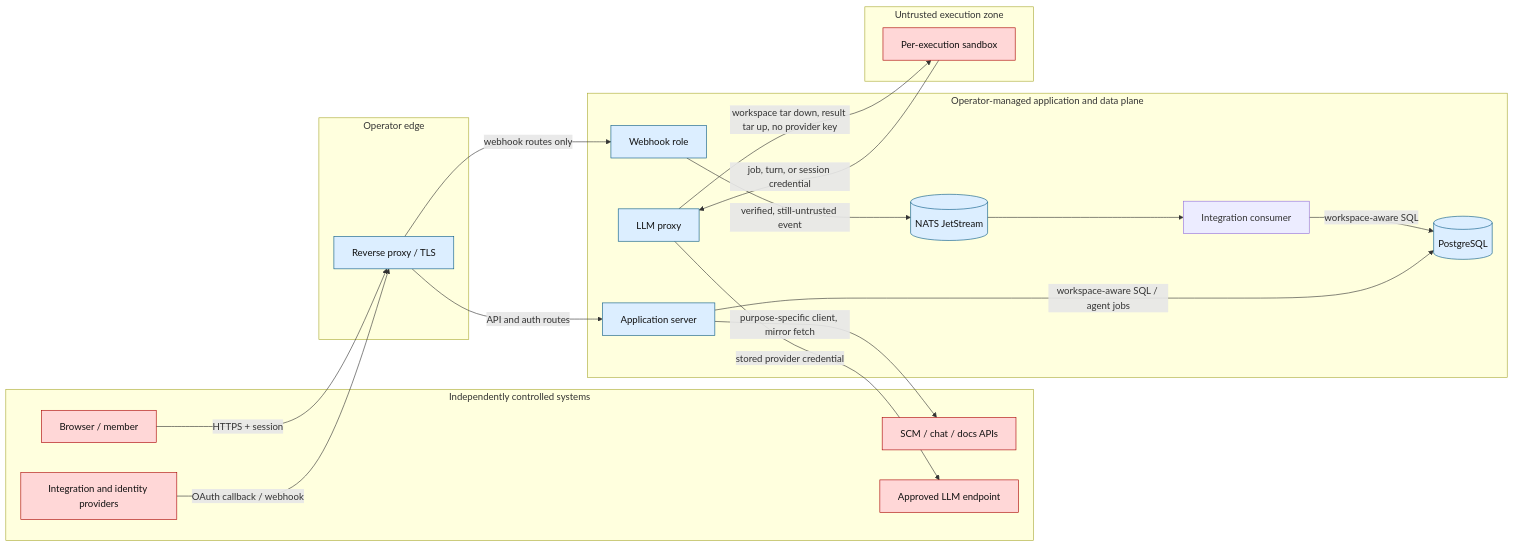
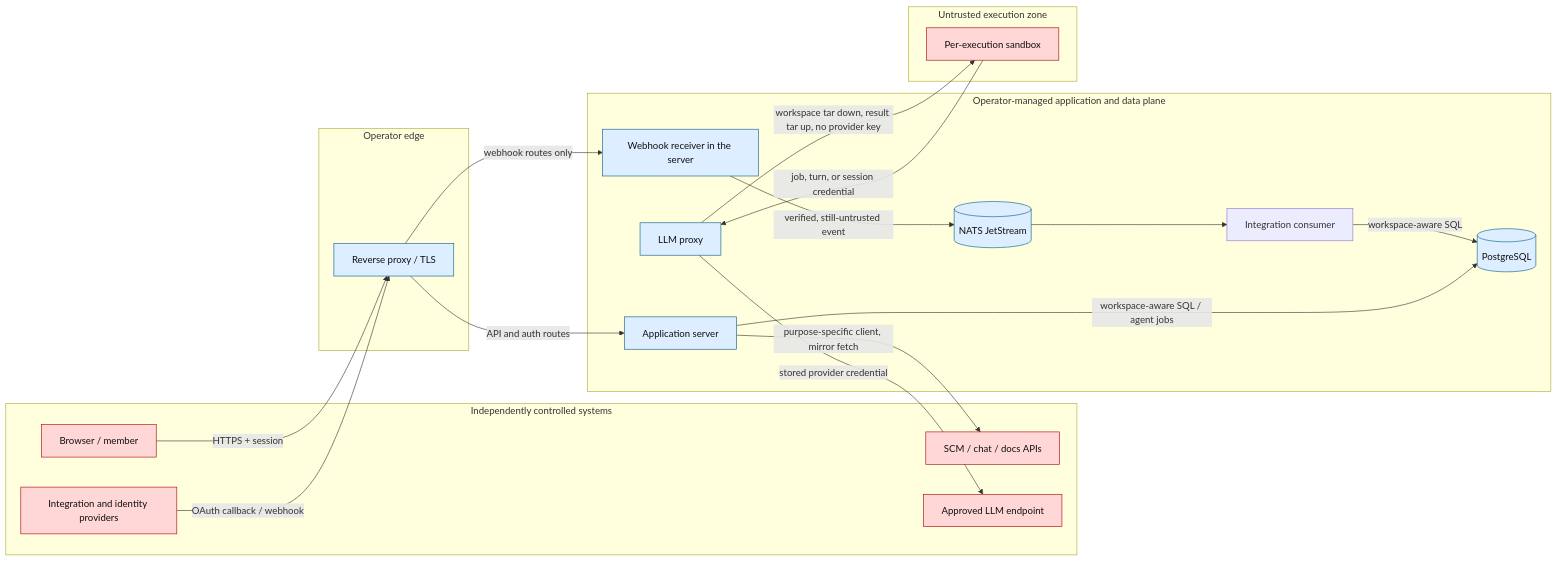
Before and after one commit to hephaestus-build/Hephaestus: the diagram in docs/admin/threat-model.mdx, drawn with Mermaid. The commit also changed other lines of this file and 146 other files, not shown here.

Commit message:
feat(server): the server receives provider webhooks, and the webhook role is gone

````diff
--- a/docs/admin/threat-model.mdx
+++ b/docs/admin/threat-model.mdx
@@ -39,47 +39,47 @@
 ```mermaid
 flowchart LR
 accTitle: Hephaestus security data flow
-accDescr: The diagram separates independently controlled systems, the operator edge, the Hephaestus application and data plane, and untrusted sandbox execution. Users and providers cross the edge into application and webhook roles. Verified events enter JetStream, services access PostgreSQL, sandboxes exchange inputs, results and model requests with the server's sandbox gateway, and the server fetches repository mirrors from the SCM provider in-process.
+accDescr: The diagram separates independently controlled systems, the operator edge, the Hephaestus application and data plane, and untrusted sandbox execution. Users and providers cross the edge into the application server, whose receiver verifies webhook events. Verified events enter JetStream, services access PostgreSQL, sandboxes exchange inputs, results and model requests with the server's sandbox gateway, and the server fetches repository mirrors from the SCM provider in-process.
 
   subgraph INTERNET[Independently controlled systems]
     U[Browser / member]
     V[Integration and identity providers]
     X[SCM / chat / docs APIs]
     M[Approved LLM endpoint]
   end
 
   subgraph EDGE[Operator edge]
     P[Reverse proxy / TLS]
   end
 
   subgraph PLANE[Operator-managed application and data plane]
     A[Application server]
-    W[Webhook role]
+    W[Webhook receiver in the server]
     I[Integration consumer]
     L[LLM proxy]
     N[(NATS JetStream)]
     DB[(PostgreSQL)]
   end
 
   subgraph EXECUTION[Untrusted execution zone]
     S[Per-execution sandbox]
   end
 
   U -->|HTTPS + session| P
   V -->|OAuth callback / webhook| P
   P -->|API and auth routes| A
   P -->|webhook routes only| W
   W -->|verified, still-untrusted event| N
   N --> I
   I -->|workspace-aware SQL| DB
   A -->|workspace-aware SQL / agent jobs| DB
   S -->|job, turn, or session credential| L
   L -->|workspace tar down, result tar up, no provider key| S
   L -->|stored provider credential| M
   A -->|purpose-specific client, mirror fetch| X
 
   classDef external fill:#ffd7d7,stroke:#a00,color:#111
   classDef managed fill:#dceeff,stroke:#075985,color:#111
   class U,V,X,M,S external
   class P,A,W,L,N,DB managed
 ```
````
